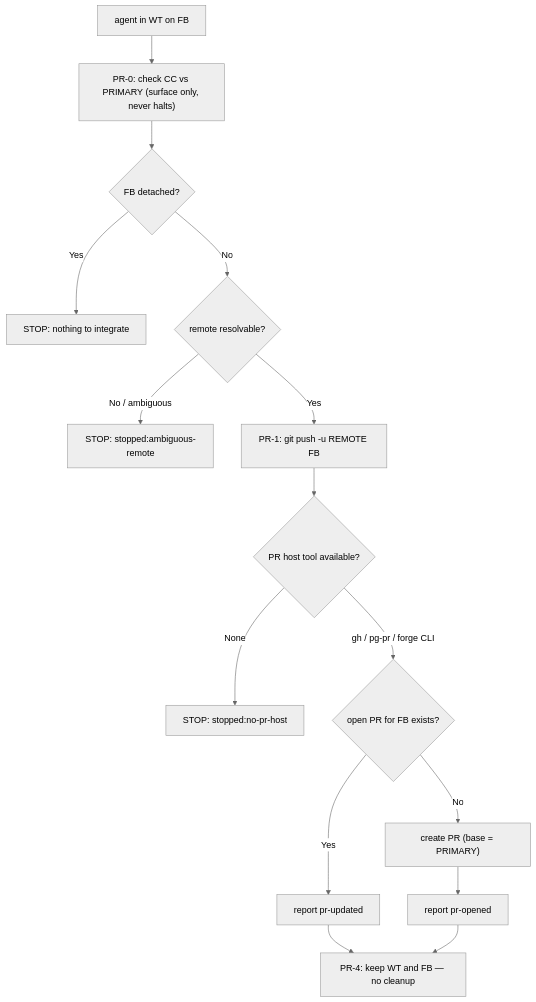
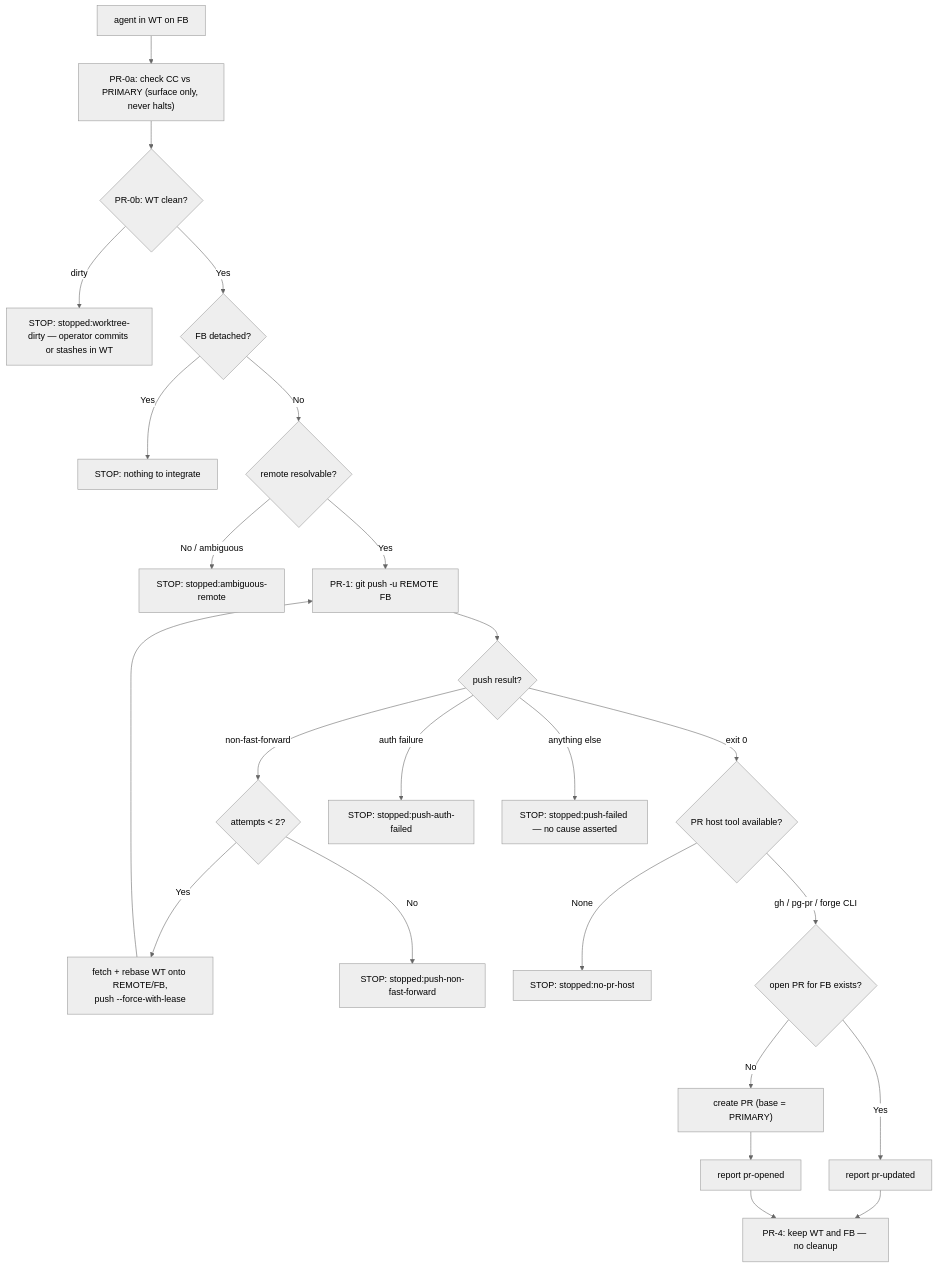
One commit to phillipgreenii/nix-agent-support changed the diagram in claude-marketplace/integrate-branch/skills/pull-request/SKILL.md. Above: the diagram before and after it, drawn with Mermaid (neutral theme). The commit also changed other lines of this file, not shown here.

First line of the commit message:
integrate-branch pull-request: add PR-0b worktree-dirty block, enumerate PR-1 push failures

````diff
--- a/claude-marketplace/integrate-branch/skills/pull-request/SKILL.md
+++ b/claude-marketplace/integrate-branch/skills/pull-request/SKILL.md
@@ -174,16 +257,24 @@
 ```mermaid
 flowchart TD
-    A["agent in WT on FB"] --> P0["PR-0: check CC vs PRIMARY (surface only, never halts)"]
-    P0 --> D{"FB detached?"}
+    A["agent in WT on FB"] --> P0A["PR-0a: check CC vs PRIMARY (surface only, never halts)"]
+    P0A --> P0B{"PR-0b: WT clean?"}
+    P0B -->|"dirty"| S7["STOP: stopped:worktree-dirty — operator commits or stashes in WT"]
+    P0B -->|Yes| D{"FB detached?"}
     D -->|Yes| S0[STOP: nothing to integrate]
     D -->|No| R{"remote resolvable?"}
     R -->|No / ambiguous| S1[STOP: stopped:ambiguous-remote]
     R -->|Yes| PUSH["PR-1: git push -u REMOTE FB"]
-    PUSH --> HOST{"PR host tool available?"}
+    PUSH --> PRES{"push result?"}
+    PRES -->|"exit 0"| HOST{"PR host tool available?"}
+    PRES -->|"non-fast-forward"| RETRY{"attempts < 2?"}
+    RETRY -->|Yes| REB["fetch + rebase WT onto REMOTE/FB,\npush --force-with-lease"] --> PUSH
+    RETRY -->|No| S8["STOP: stopped:push-non-fast-forward"]
+    PRES -->|"auth failure"| S9["STOP: stopped:push-auth-failed"]
+    PRES -->|"anything else"| S10["STOP: stopped:push-failed — no cause asserted"]
     HOST -->|None| S2[STOP: stopped:no-pr-host]
     HOST -->|gh / pg-pr / forge CLI| PROBE{"open PR for FB exists?"}
     PROBE -->|Yes| UPD["report pr-updated"]
     PROBE -->|No| CREATE["create PR (base = PRIMARY)"] --> OPEN["report pr-opened"]
     UPD --> KEEP["PR-4: keep WT and FB — no cleanup"]
     OPEN --> KEEP
 ```
````
